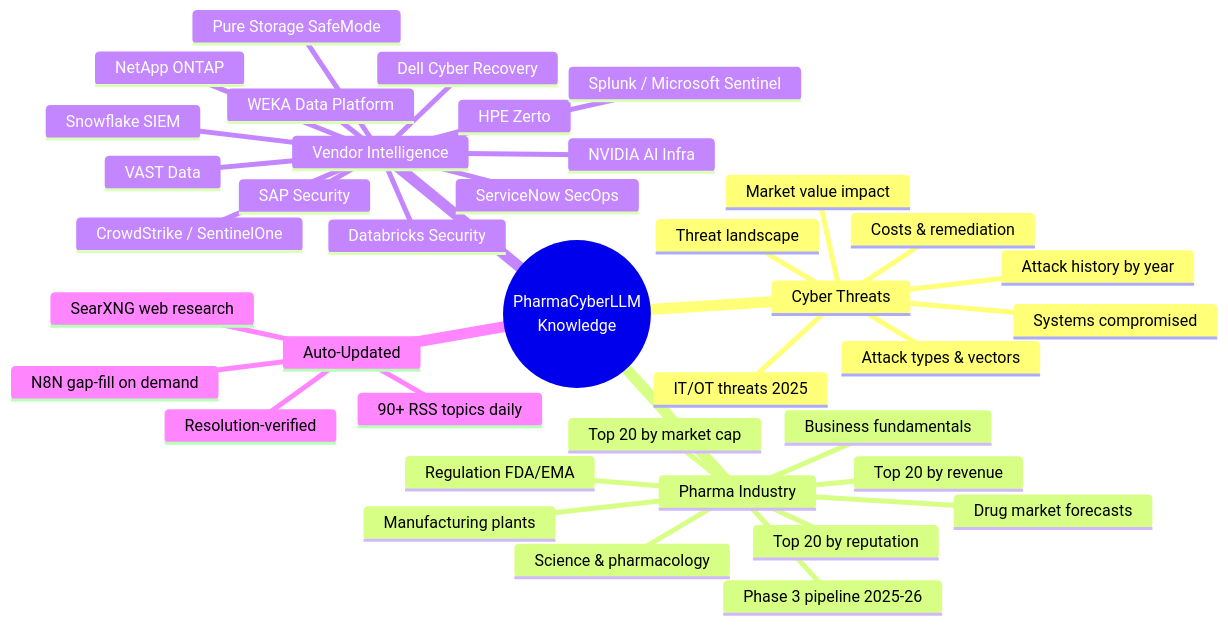
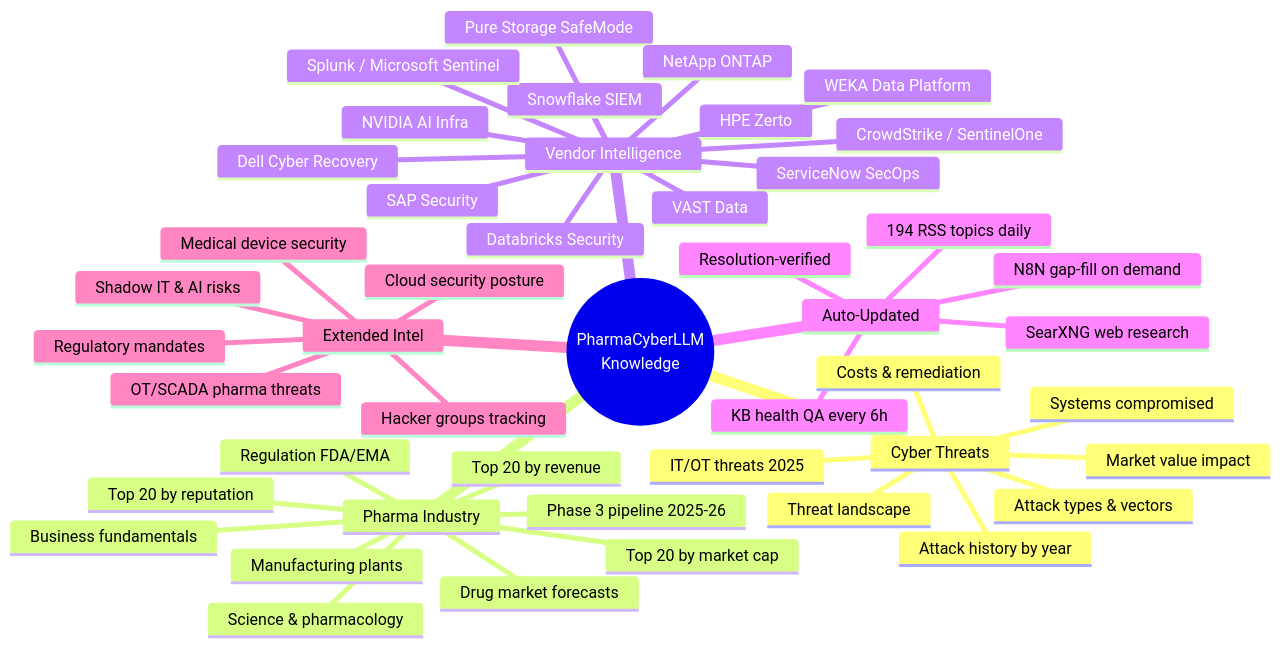
Before and after one commit to sebdallais-git/PharmaCyberLLM: the sixth of 8 diagrams in README.md, drawn with Mermaid. The commit also changed other lines of this file, not shown here.

Commit message:
docs: update README with voice input, reasoning transparency, KB health monitoring, and Mistral 24B

````diff
--- a/README.md
+++ b/README.md
@@ -306,41 +401,49 @@
 ```mermaid
 mindmap
   root((PharmaCyberLLM<br/>Knowledge))
     Cyber Threats
       Attack history by year
       Attack types & vectors
       Systems compromised
       Threat landscape
       Market value impact
       Costs & remediation
       IT/OT threats 2025
     Pharma Industry
       Business fundamentals
       Drug market forecasts
       Phase 3 pipeline 2025-26
       Science & pharmacology
       Regulation FDA/EMA
       Top 20 by revenue
       Top 20 by market cap
       Top 20 by reputation
       Manufacturing plants
     Vendor Intelligence
       Dell Cyber Recovery
       Snowflake SIEM
       Databricks Security
       ServiceNow SecOps
       Pure Storage SafeMode
       NetApp ONTAP
       HPE Zerto
       VAST Data
       SAP Security
       NVIDIA AI Infra
       WEKA Data Platform
       CrowdStrike / SentinelOne
       Splunk / Microsoft Sentinel
     Auto-Updated
-      90+ RSS topics daily
+      194 RSS topics daily
       N8N gap-fill on demand
       SearXNG web research
       Resolution-verified
+      KB health QA every 6h
+    Extended Intel
+      Shadow IT & AI risks
+      Hacker groups tracking
+      Medical device security
+      OT/SCADA pharma threats
+      Regulatory mandates
+      Cloud security posture
 ```
````
